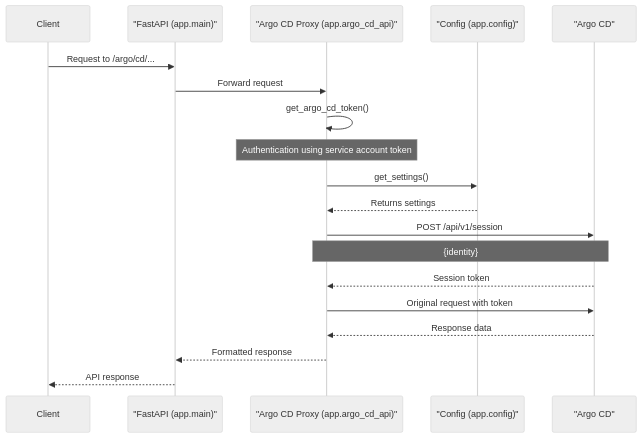
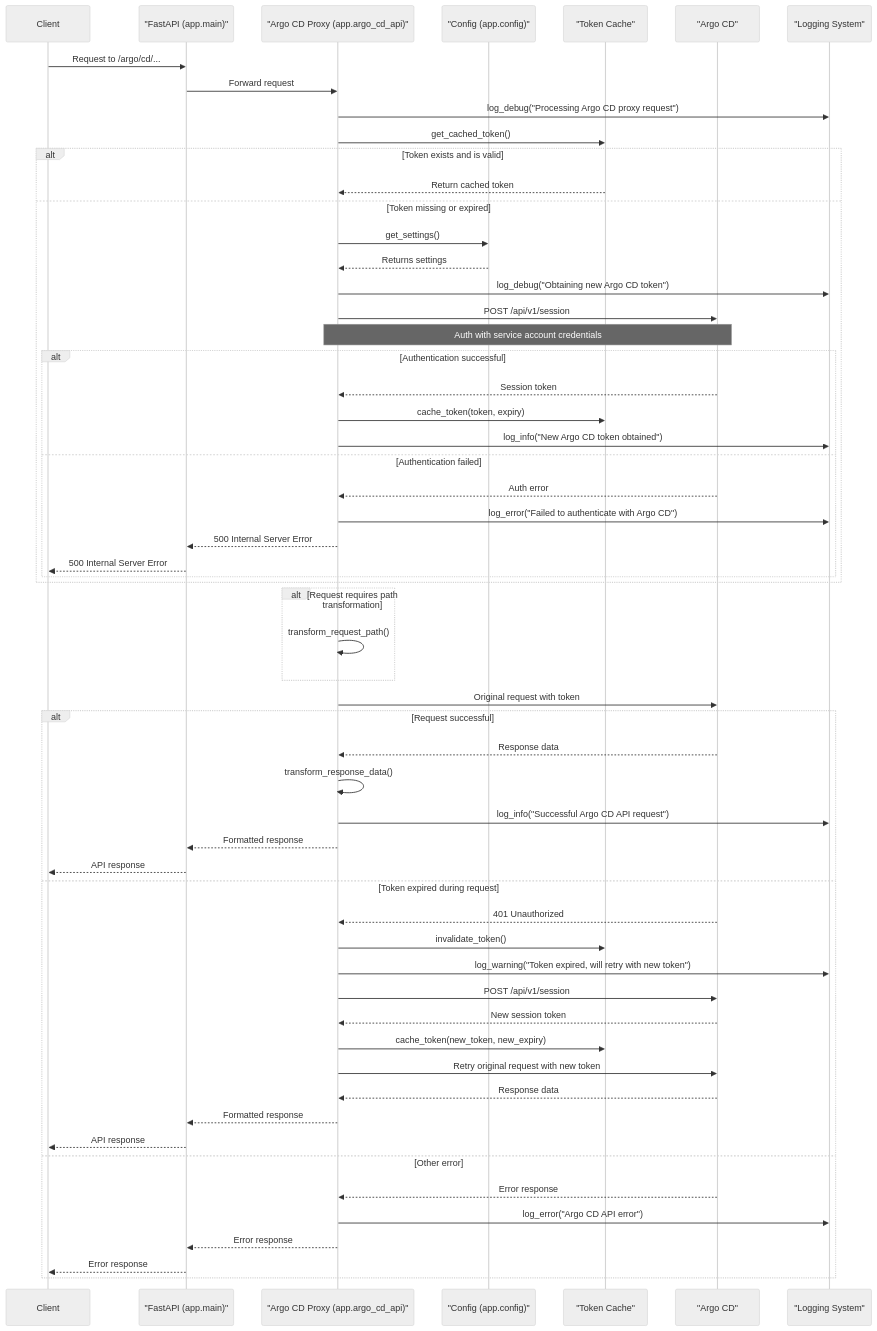
One commit to lloydchang/tvp-k8s changed the ninth of 11 diagrams in README.md. Above: the diagram before and after it, drawn with Mermaid (neutral theme). The commit also changed other lines of this file and 4 other files, not shown here.

````diff
--- a/README.md
+++ b/README.md
@@ -678,24 +796,70 @@
 ```mermaid
 sequenceDiagram
     participant Client
     participant FastAPI as "FastAPI (app.main)"
     participant ArgoCDProxy as "Argo CD Proxy (app.argo_cd_api)"
     participant Config as "Config (app.config)"
+    participant TokenCache as "Token Cache"
     participant ArgoCD as "Argo CD"
+    participant Logger as "Logging System"
     
     Client->>FastAPI: Request to /argo/cd/...
     FastAPI->>ArgoCDProxy: Forward request
-    ArgoCDProxy->>ArgoCDProxy: get_argo_cd_token()
-    Note over ArgoCDProxy: Authentication using service account token
-    ArgoCDProxy->>Config: get_settings()
-    Config-->>ArgoCDProxy: Returns settings
+    ArgoCDProxy->>Logger: log_debug("Processing Argo CD proxy request")
     
-    ArgoCDProxy->>ArgoCD: POST /api/v1/session
-    Note over ArgoCDProxy,ArgoCD: {identity}
-    ArgoCD-->>ArgoCDProxy: Session token
+    ArgoCDProxy->>TokenCache: get_cached_token()
+    
+    alt Token exists and is valid
+        TokenCache-->>ArgoCDProxy: Return cached token
+    else Token missing or expired
+        ArgoCDProxy->>Config: get_settings()
+        Config-->>ArgoCDProxy: Returns settings
+        
+        ArgoCDProxy->>Logger: log_debug("Obtaining new Argo CD token")
+        ArgoCDProxy->>ArgoCD: POST /api/v1/session
+        Note over ArgoCDProxy,ArgoCD: Auth with service account credentials
+        
+        alt Authentication successful
+            ArgoCD-->>ArgoCDProxy: Session token
+            ArgoCDProxy->>TokenCache: cache_token(token, expiry)
+            ArgoCDProxy->>Logger: log_info("New Argo CD token obtained")
+        else Authentication failed
+            ArgoCD-->>ArgoCDProxy: Auth error
+            ArgoCDProxy->>Logger: log_error("Failed to authenticate with Argo CD")
+            ArgoCDProxy-->>FastAPI: 500 Internal Server Error
+            FastAPI-->>Client: 500 Internal Server Error
+        end
+    end
+    
+    alt Request requires path transformation
+        ArgoCDProxy->>ArgoCDProxy: transform_request_path()
+    end
     
     ArgoCDProxy->>ArgoCD: Original request with token
-    ArgoCD-->>ArgoCDProxy: Response data
-    ArgoCDProxy-->>FastAPI: Formatted response
-    FastAPI-->>Client: API response
+    
+    alt Request successful
+        ArgoCD-->>ArgoCDProxy: Response data
+        ArgoCDProxy->>ArgoCDProxy: transform_response_data()
+        ArgoCDProxy->>Logger: log_info("Successful Argo CD API request")
+        ArgoCDProxy-->>FastAPI: Formatted response
+        FastAPI-->>Client: API response
+    else Token expired during request
+        ArgoCD-->>ArgoCDProxy: 401 Unauthorized
+        ArgoCDProxy->>TokenCache: invalidate_token()
+        ArgoCDProxy->>Logger: log_warning("Token expired, will retry with new token")
+        
+        ArgoCDProxy->>ArgoCD: POST /api/v1/session
+        ArgoCD-->>ArgoCDProxy: New session token
+        ArgoCDProxy->>TokenCache: cache_token(new_token, new_expiry)
+        
+        ArgoCDProxy->>ArgoCD: Retry original request with new token
+        ArgoCD-->>ArgoCDProxy: Response data
+        ArgoCDProxy-->>FastAPI: Formatted response
+        FastAPI-->>Client: API response
+    else Other error
+        ArgoCD-->>ArgoCDProxy: Error response
+        ArgoCDProxy->>Logger: log_error("Argo CD API error")
+        ArgoCDProxy-->>FastAPI: Error response
+        FastAPI-->>Client: Error response
+    end
 ```
````
